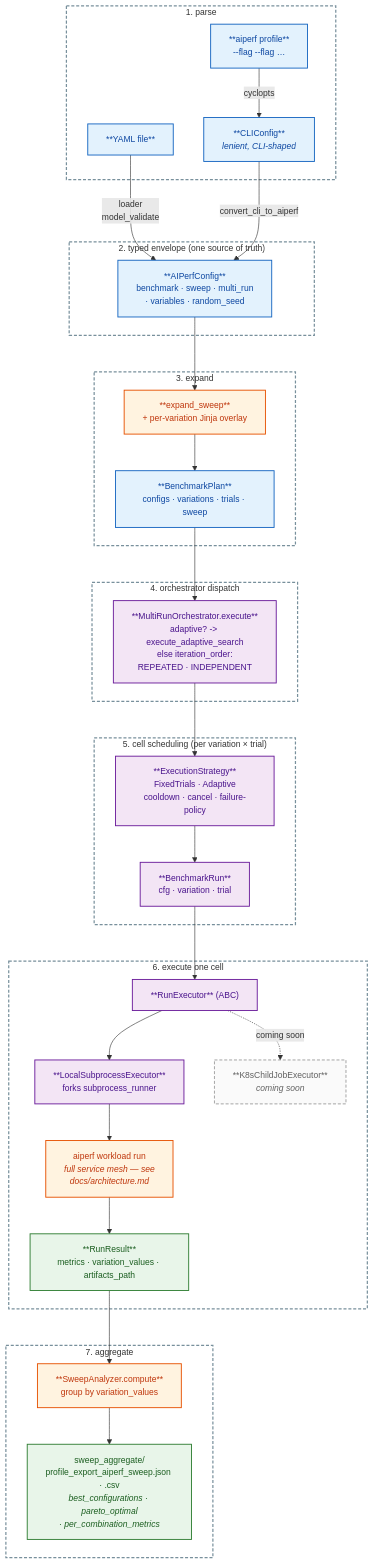
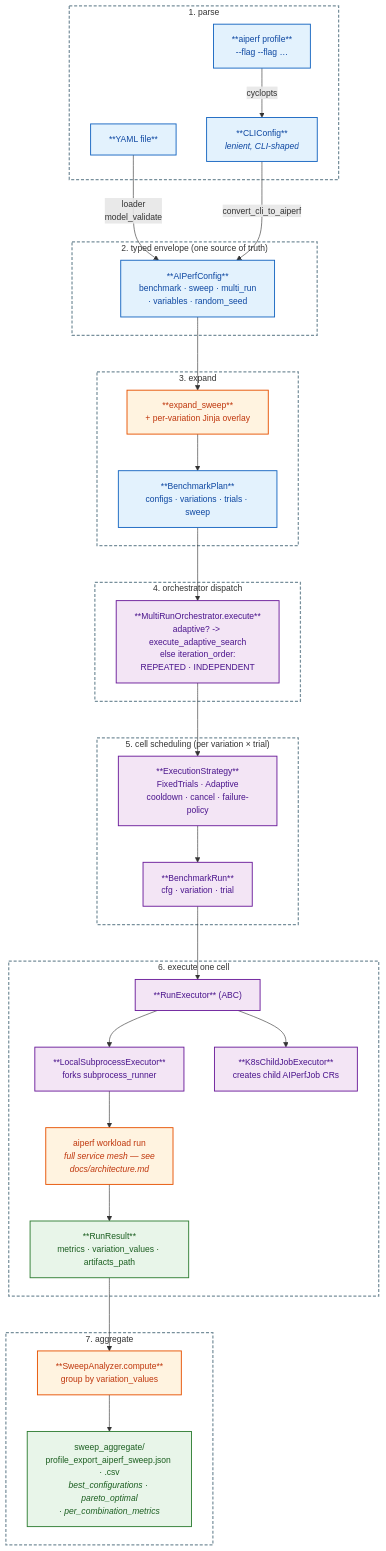
Before and after one commit to ai-dynamo/aiperf: the second of 35 diagrams in fern/pages-dev/dev/sweep-orchestrator.md, drawn with Mermaid. The commit also changed other lines of this file and 41 other files, not shown here.

````diff
--- a/fern/pages-dev/dev/sweep-orchestrator.md
+++ b/fern/pages-dev/dev/sweep-orchestrator.md
@@ -106,70 +103,69 @@
 ```mermaid
 %%{init: {'flowchart': {'nodeSpacing': 50, 'rankSpacing': 60, 'htmlLabels': true}, 'themeVariables': {'fontSize': '14px'}}}%%
 flowchart TD
     subgraph S1["1. parse"]
         yaml["**YAML file**"]
         cli["**aiperf profile**<br/>--flag --flag …"]
         uc["**CLIConfig**<br/><i>lenient, CLI-shaped</i>"]
     end
 
     subgraph S2["2. typed envelope (one source of truth)"]
         ac["**AIPerfConfig**<br/>benchmark · sweep · multi_run<br/>· variables · random_seed"]
     end
 
     subgraph S3["3. expand"]
         es["**expand_sweep**<br/>+ per-variation Jinja overlay"]
         bp["**BenchmarkPlan**<br/>configs · variations · trials · sweep"]
     end
 
     subgraph S4["4. orchestrator dispatch"]
         mo["**MultiRunOrchestrator.execute**<br/>adaptive? -> execute_adaptive_search<br/>else iteration_order:<br/>REPEATED · INDEPENDENT"]
     end
 
     subgraph S5["5. cell scheduling (per variation × trial)"]
         strategy["**ExecutionStrategy**<br/>FixedTrials · Adaptive<br/>cooldown · cancel · failure-policy"]
         br["**BenchmarkRun**<br/>cfg · variation · trial"]
     end
 
     subgraph S6["6. execute one cell"]
         re["**RunExecutor** (ABC)"]
         loc["**LocalSubprocessExecutor**<br/>forks subprocess_runner"]
-        k8s["**K8sChildJobExecutor**<br/><i>coming soon</i>"]
+        k8s["**K8sChildJobExecutor**<br/>creates child AIPerfJob CRs"]
         run["aiperf workload run<br/><i>full service mesh — see<br/>docs/architecture.md</i>"]
         rr["**RunResult**<br/>metrics · variation_values · artifacts_path"]
     end
 
     subgraph S7["7. aggregate"]
         sa["**SweepAnalyzer.compute**<br/>group by variation_values"]
         out["sweep_aggregate/<br/>profile_export_aiperf_sweep.json · .csv<br/><i>best_configurations · pareto_optimal<br/>· per_combination_metrics</i>"]
     end
 
     yaml -->|loader<br/>model_validate| ac
     cli -->|cyclopts| uc
     uc -->|convert_cli_to_aiperf| ac
     ac --> es --> bp --> mo --> strategy --> br --> re
     re --> loc
-    re -.coming soon.-> k8s
+    re --> k8s
     loc --> run --> rr
     rr --> sa --> out
 
     classDef data fill:#e3f2fd,stroke:#1565c0,stroke-width:1.5px,color:#0d47a1
     classDef proc fill:#fff3e0,stroke:#e65100,stroke-width:1.5px,color:#bf360c
     classDef art fill:#e8f5e9,stroke:#2e7d32,stroke-width:1.5px,color:#1b5e20
-    classDef coming fill:#fafafa,stroke:#9e9e9e,stroke-width:1.5px,stroke-dasharray:5 3,color:#616161
     classDef decision fill:#f3e5f5,stroke:#6a1b9a,stroke-width:1.5px,color:#4a148c
 
     class yaml,cli,uc data
     class ac,bp data
     class es,sa,run proc
     class mo,strategy,br,re,loc decision
     class rr,out art
-    class k8s coming
+    class k8s decision
 
     style S1 fill:transparent,stroke:#78909c,stroke-width:2px,stroke-dasharray:5 3
     style S2 fill:transparent,stroke:#78909c,stroke-width:2px,stroke-dasharray:5 3
     style S3 fill:transparent,stroke:#78909c,stroke-width:2px,stroke-dasharray:5 3
     style S4 fill:transparent,stroke:#78909c,stroke-width:2px,stroke-dasharray:5 3
     style S5 fill:transparent,stroke:#78909c,stroke-width:2px,stroke-dasharray:5 3
     style S6 fill:transparent,stroke:#78909c,stroke-width:2px,stroke-dasharray:5 3
     style S7 fill:transparent,stroke:#78909c,stroke-width:2px,stroke-dasharray:5 3
 ```
````
